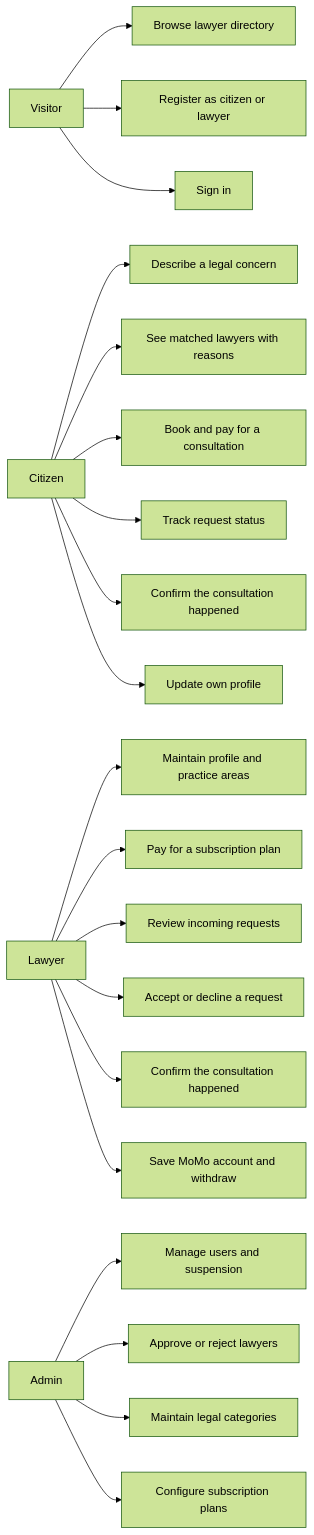
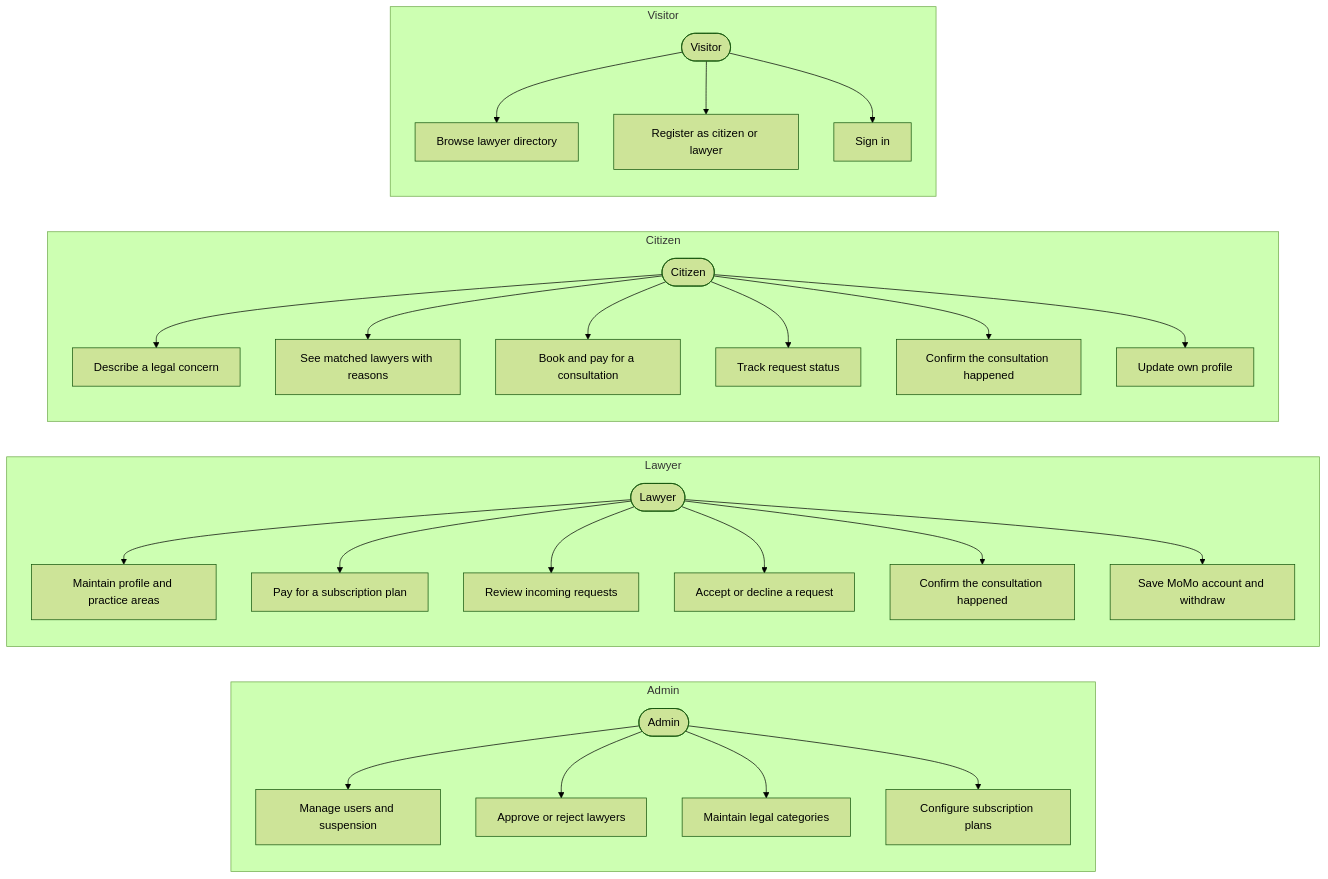
Before and after one commit to RoyalsTechnologies/legalconnect: the diagram in diagrams/01-use-cases.mmd, drawn with Mermaid (forest theme). The commit also changed 44 other files, not shown here.

```diff
--- a/diagrams/01-use-cases.mmd
+++ b/diagrams/01-use-cases.mmd
@@ -1,28 +1,38 @@
+%% Subgraphs, and listed from Admin down to Visitor, because Mermaid stacks unconnected
+%% subgraphs in reverse: this order renders Visitor at the top and keeps the diagram close to
+%% square, which is what makes it legible on a page.
 flowchart LR
-  visitor[Visitor]
-  citizen[Citizen]
-  lawyer[Lawyer]
-  admin[Admin]
+  subgraph sAdmin[Admin]
+    direction TB
+    admin([Admin]) --> ucUsers["Manage users and suspension"]
+    admin --> ucApprove["Approve or reject lawyers"]
+    admin --> ucCats["Maintain legal categories"]
+    admin --> ucPlans["Configure subscription plans"]
+  end
 
-  visitor --> ucBrowse["Browse lawyer directory"]
-  visitor --> ucRegister["Register as citizen or lawyer"]
-  visitor --> ucLogin["Sign in"]
+  subgraph sLawyer[Lawyer]
+    direction TB
+    lawyer([Lawyer]) --> ucProfileL["Maintain profile and practice areas"]
+    lawyer --> ucPlan["Pay for a subscription plan"]
+    lawyer --> ucInbox["Review incoming requests"]
+    lawyer --> ucDecide["Accept or decline a request"]
+    lawyer --> ucConfirmL["Confirm the consultation happened"]
+    lawyer --> ucWallet["Save MoMo account and withdraw"]
+  end
 
-  citizen --> ucIntake["Describe a legal concern"]
-  citizen --> ucMatch["See matched lawyers with reasons"]
-  citizen --> ucBook["Book and pay for a consultation"]
-  citizen --> ucTrack["Track request status"]
-  citizen --> ucConfirmC["Confirm the consultation happened"]
-  citizen --> ucProfile["Update own profile"]
+  subgraph sCitizen[Citizen]
+    direction TB
+    citizen([Citizen]) --> ucIntake["Describe a legal concern"]
+    citizen --> ucMatch["See matched lawyers with reasons"]
+    citizen --> ucBook["Book and pay for a consultation"]
+    citizen --> ucTrack["Track request status"]
+    citizen --> ucConfirmC["Confirm the consultation happened"]
+    citizen --> ucProfile["Update own profile"]
+  end
 
-  lawyer --> ucProfileL["Maintain profile and practice areas"]
-  lawyer --> ucPlan["Pay for a subscription plan"]
-  lawyer --> ucInbox["Review incoming requests"]
-  lawyer --> ucDecide["Accept or decline a request"]
-  lawyer --> ucConfirmL["Confirm the consultation happened"]
-  lawyer --> ucWallet["Save MoMo account and withdraw"]
-
-  admin --> ucUsers["Manage users and suspension"]
-  admin --> ucApprove["Approve or reject lawyers"]
-  admin --> ucCats["Maintain legal categories"]
-  admin --> ucPlans["Configure subscription plans"]
+  subgraph sVisitor[Visitor]
+    direction TB
+    visitor([Visitor]) --> ucBrowse["Browse lawyer directory"]
+    visitor --> ucRegister["Register as citizen or lawyer"]
+    visitor --> ucLogin["Sign in"]
+  end
```
